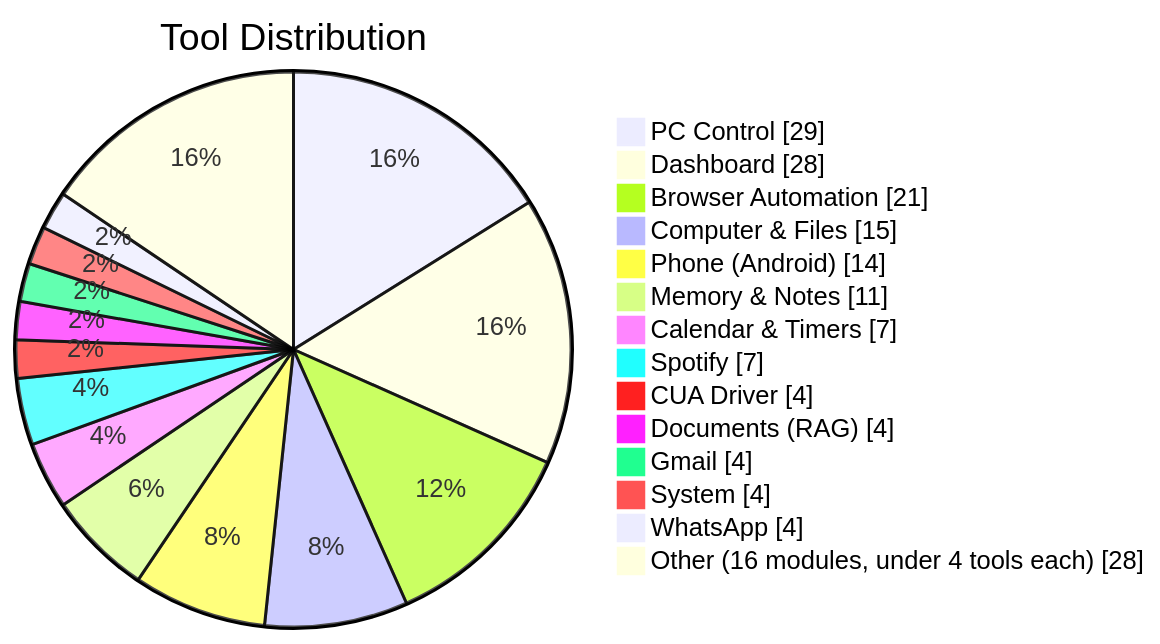
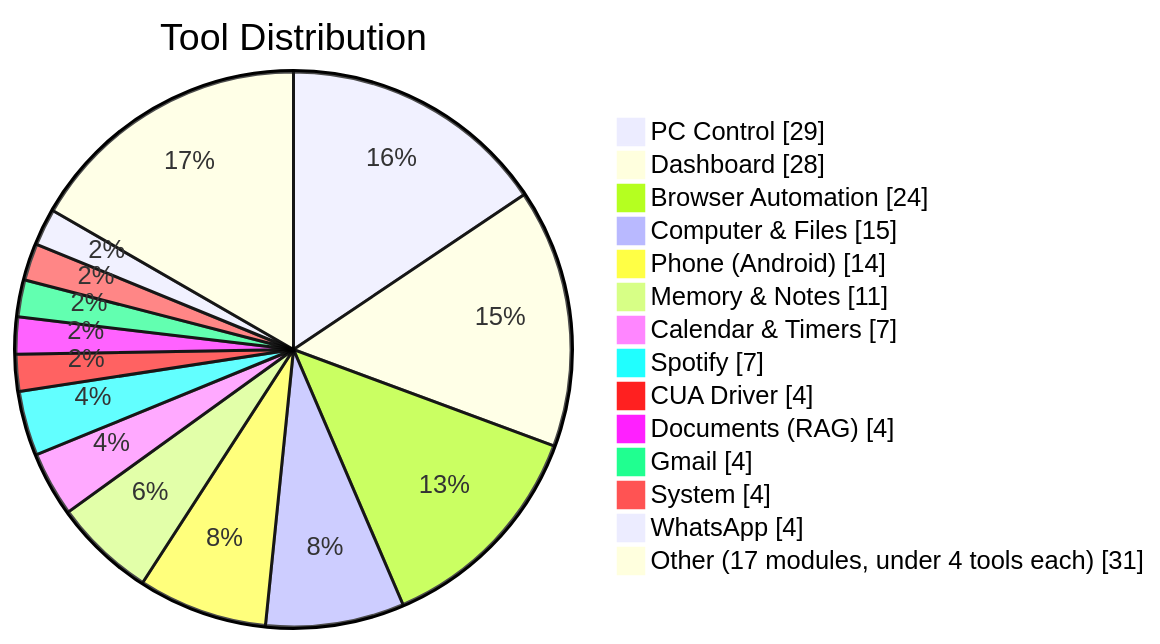
The ninth of 11 diagrams in README.md (HailLucifer666/Agent_OS), drawn with Mermaid before and after one commit. The commit also changed other lines of this file and 68 other files, not shown here.

````diff
--- a/README.md
+++ b/README.md
@@ -423,17 +423,17 @@
 ```mermaid
 pie showData title Tool Distribution
     "PC Control" : 29
     "Dashboard" : 28
-    "Browser Automation" : 21
+    "Browser Automation" : 24
     "Computer & Files" : 15
     "Phone (Android)" : 14
     "Memory & Notes" : 11
     "Calendar & Timers" : 7
     "Spotify" : 7
     "CUA Driver" : 4
     "Documents (RAG)" : 4
     "Gmail" : 4
     "System" : 4
     "WhatsApp" : 4
-    "Other (16 modules, under 4 tools each)" : 28
+    "Other (17 modules, under 4 tools each)" : 31
 ```
````
